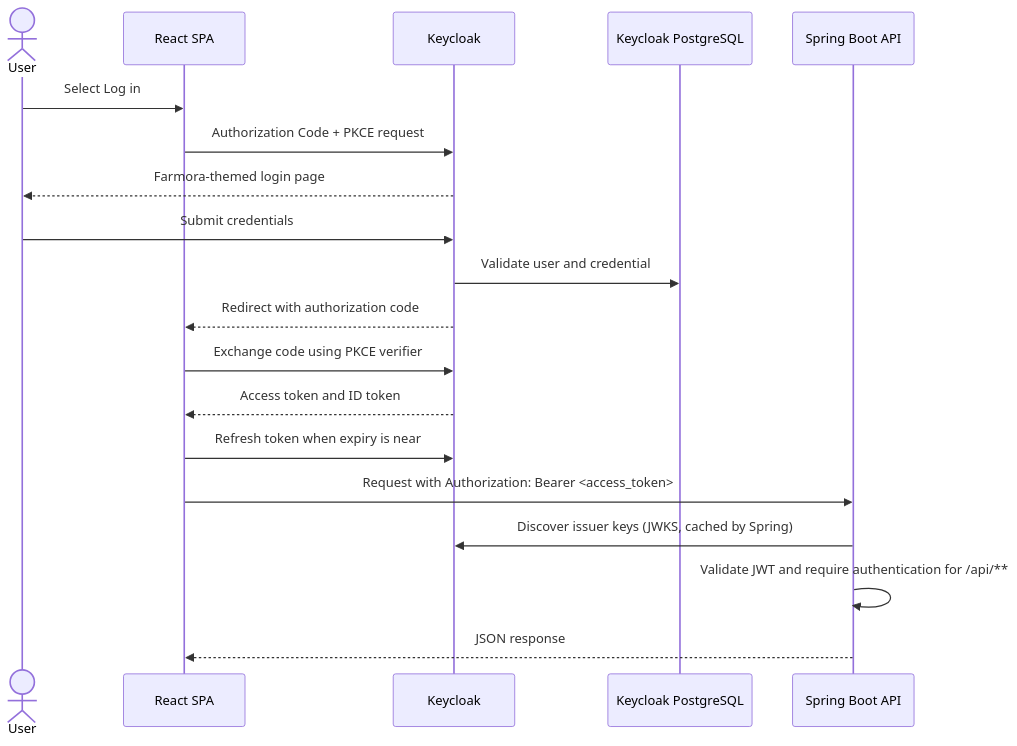
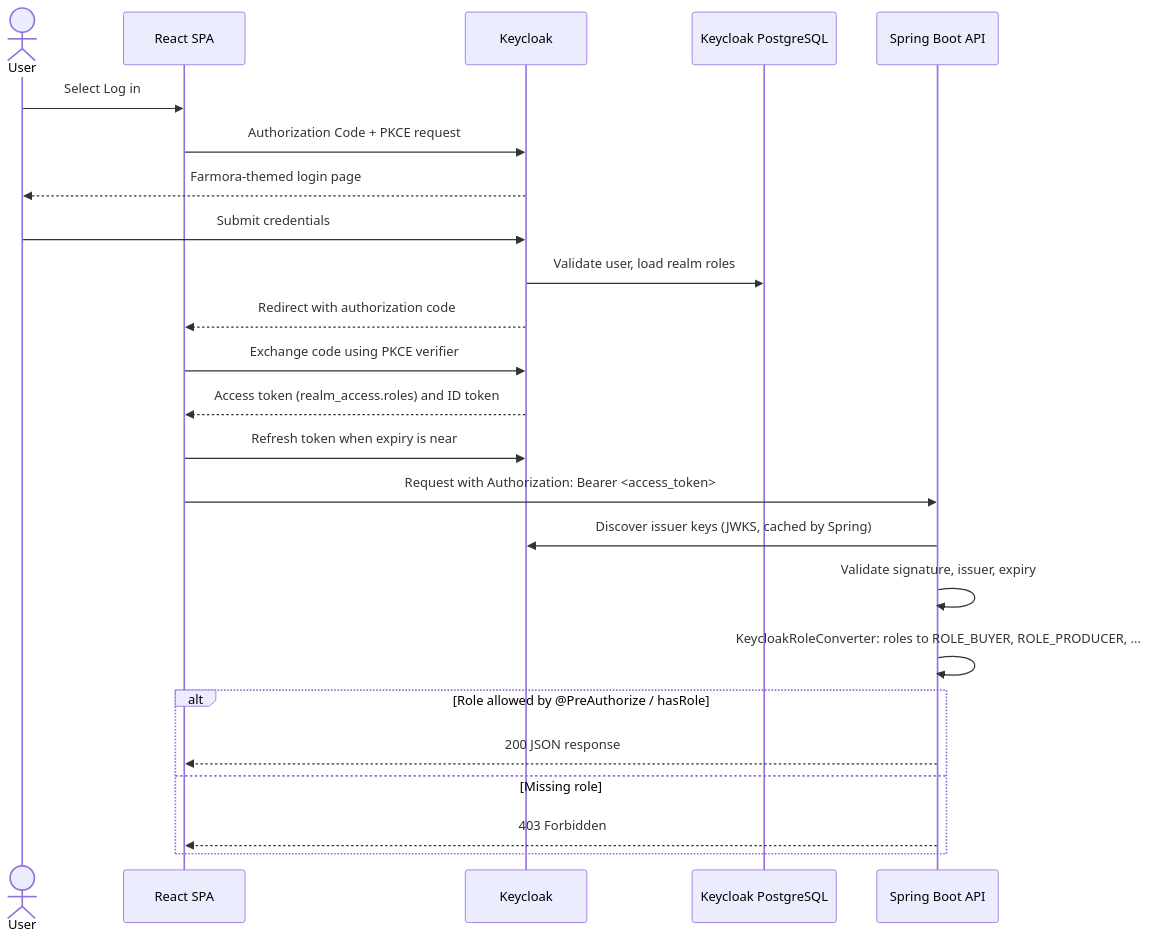
The third of 3 diagrams in docs/auth/README.md (DACN-Manifest-NongNh-p/agri-supply-demand-platform), drawn with Mermaid before and after one commit. The commit also changed other lines of this file and 16 other files, not shown here.

First line of the commit message:
feat(auth): role-based authorization with Keycloak realm roles

````diff
--- a/docs/auth/README.md
+++ b/docs/auth/README.md
@@ -17,22 +84,27 @@
 ```mermaid
 sequenceDiagram
     actor User
     participant FE as React SPA
     participant KC as Keycloak
     participant DB as Keycloak PostgreSQL
     participant API as Spring Boot API
 
     User->>FE: Select Log in
     FE->>KC: Authorization Code + PKCE request
     KC-->>User: Farmora-themed login page
     User->>KC: Submit credentials
-    KC->>DB: Validate user and credential
+    KC->>DB: Validate user, load realm roles
     KC-->>FE: Redirect with authorization code
     FE->>KC: Exchange code using PKCE verifier
-    KC-->>FE: Access token and ID token
+    KC-->>FE: Access token (realm_access.roles) and ID token
     FE->>KC: Refresh token when expiry is near
     FE->>API: Request with Authorization: Bearer <access_token>
     API->>KC: Discover issuer keys (JWKS, cached by Spring)
-    API->>API: Validate JWT and require authentication for /api/**
-    API-->>FE: JSON response
+    API->>API: Validate signature, issuer, expiry
+    API->>API: KeycloakRoleConverter: roles to ROLE_BUYER, ROLE_PRODUCER, ...
+    alt Role allowed by @PreAuthorize / hasRole
+        API-->>FE: 200 JSON response
+    else Missing role
+        API-->>FE: 403 Forbidden
+    end
 ```
````
